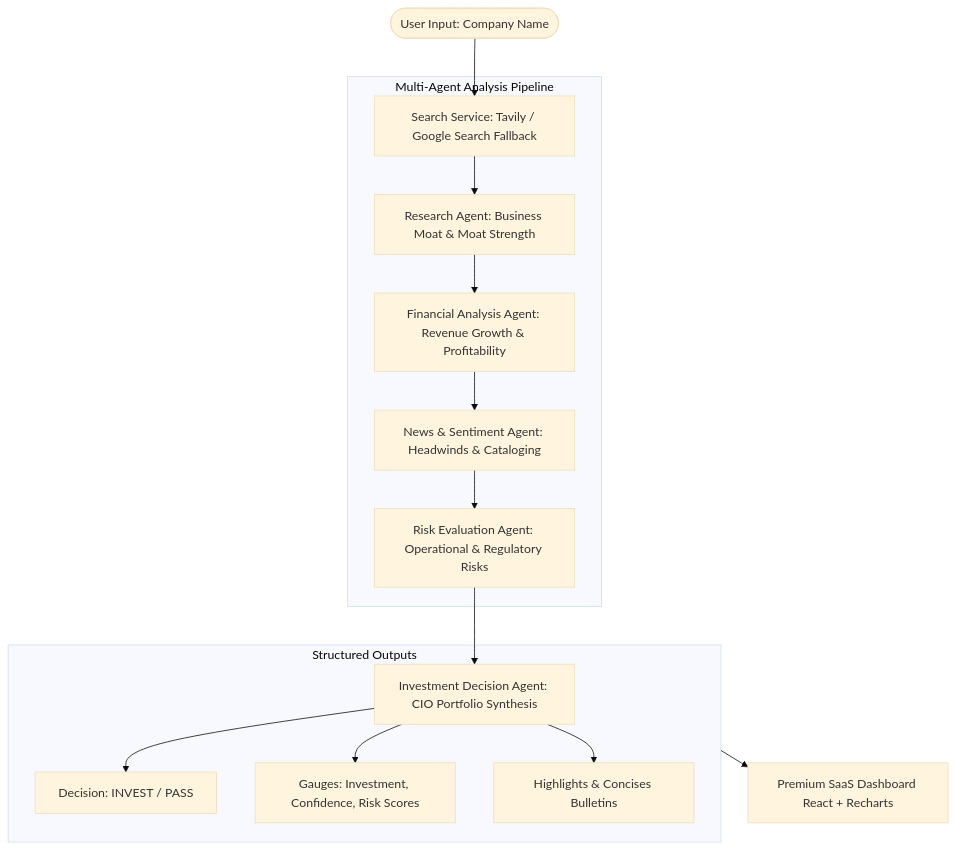
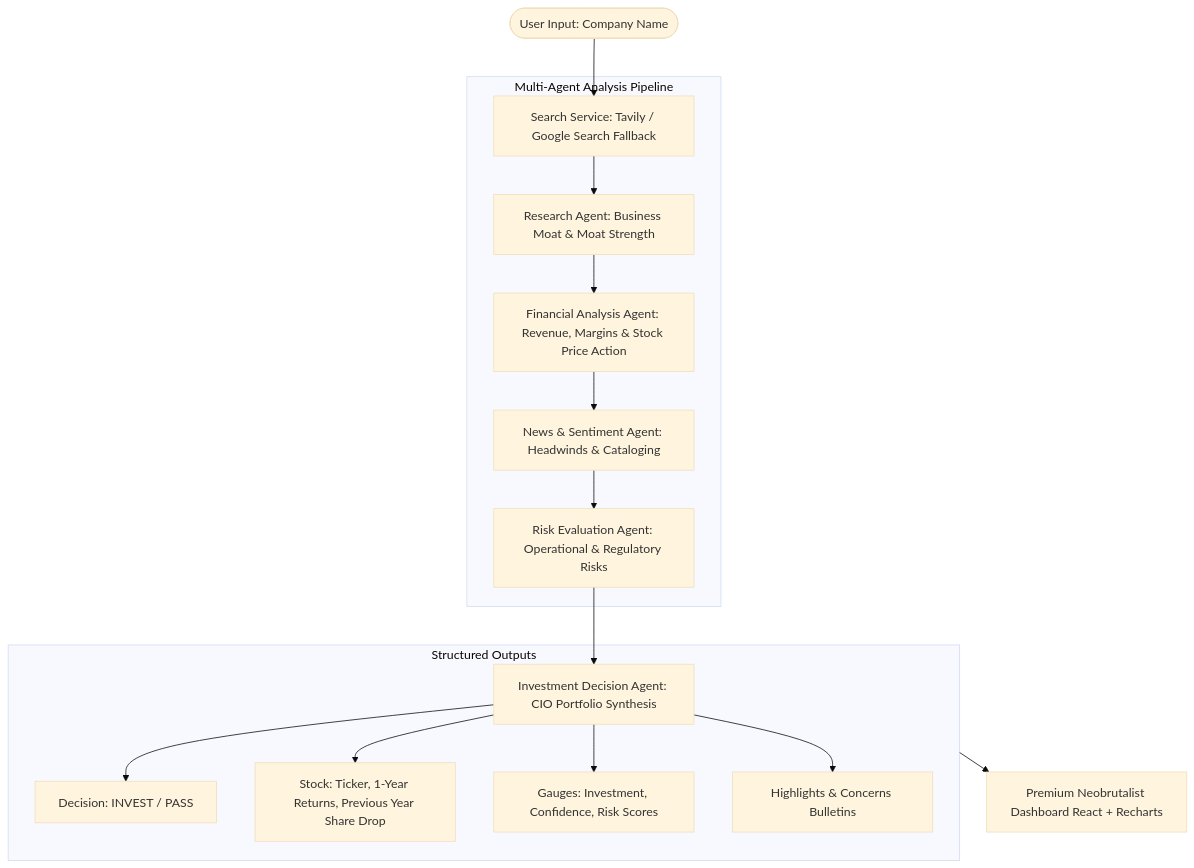
The diagram in README.md (vivekdandotiya/AI-Investment-Research-Agent), drawn with Mermaid (base theme) before and after one commit. The commit also changed other lines of this file and 4 other files, not shown here.

````diff
--- a/README.md
+++ b/README.md
@@ -11,26 +11,27 @@
 ```mermaid
 graph TD
     User([User Input: Company Name]) --> Search[Search Service: Tavily / Google Search Fallback]
     
     subgraph Agents [Multi-Agent Analysis Pipeline]
         Research[Research Agent: Business Moat & Moat Strength]
-        Financial[Financial Analysis Agent: Revenue Growth & Profitability]
+        Financial[Financial Analysis Agent: Revenue, Margins & Stock Price Action]
         News[News & Sentiment Agent: Headwinds & Cataloging]
         Risk[Risk Evaluation Agent: Operational & Regulatory Risks]
         
         Search --> Research
         Research --> Financial
         Financial --> News
         News --> Risk
     end
     
     Risk --> Decision[Investment Decision Agent: CIO Portfolio Synthesis]
     
     subgraph Outputs [Structured Outputs]
         Decision --> Rec[Decision: INVEST / PASS]
+        Decision --> Stock[Stock: Ticker, 1-Year Returns, Previous Year Share Drop]
         Decision --> Metrics[Gauges: Investment, Confidence, Risk Scores]
-        Decision --> Bullets[Highlights & Concises Bulletins]
+        Decision --> Bullets[Highlights & Concerns Bulletins]
     end
     
-    Outputs --> UI[Premium SaaS Dashboard React + Recharts]
+    Outputs --> UI[Premium Neobrutalist Dashboard React + Recharts]
 ```
````
